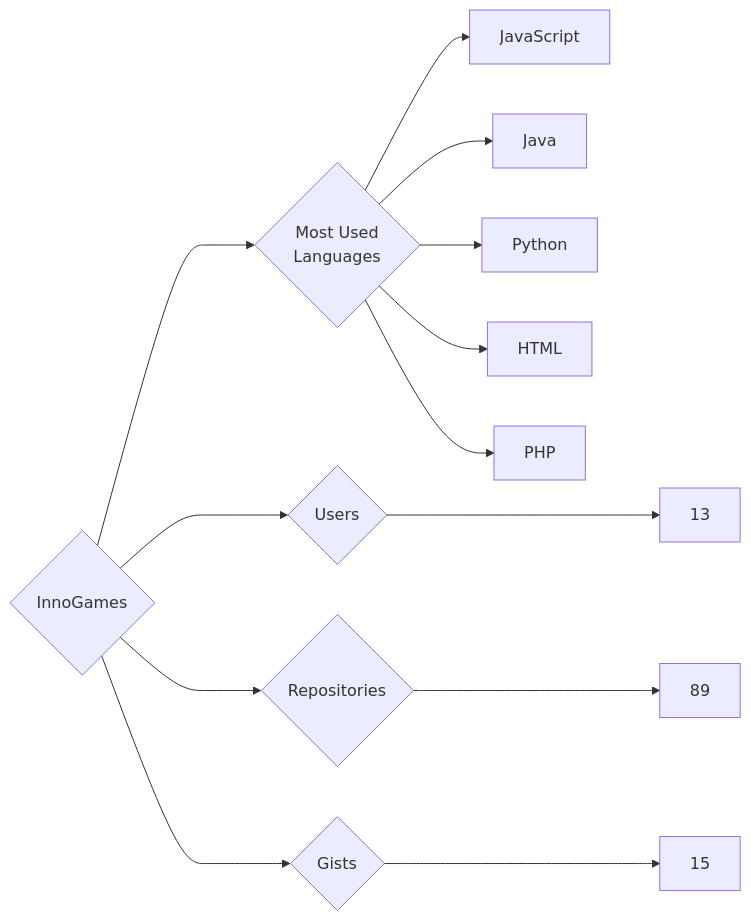
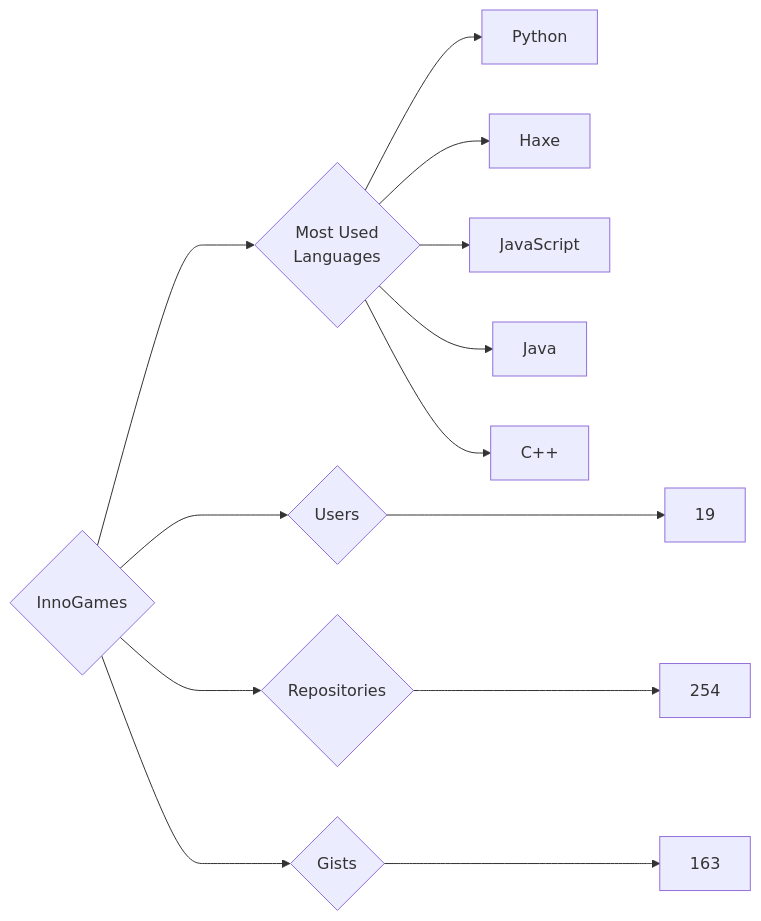
The diagram in targets/InnoGames/README.md (trickest/insiders), drawn with Mermaid before and after one commit. The commit also changed 894 other files, not shown here.

````diff
--- a/targets/InnoGames/README.md
+++ b/targets/InnoGames/README.md
@@ -3,13 +3,13 @@
 ```mermaid
 graph LR
 COMPANY_NAME{InnoGames}
-COMPANY_NAME ---> U{Users} ---> UN[13]
-COMPANY_NAME ---> R{Repositories} ---> RN[89]
-COMPANY_NAME ---> G{Gists} ---> GN[15]
+COMPANY_NAME ---> U{Users} ---> UN[19]
+COMPANY_NAME ---> R{Repositories} ---> RN[254]
+COMPANY_NAME ---> G{Gists} ---> GN[163]
 COMPANY_NAME ---> ML{Most Used<br>Languages}
+ML --> Python[Python]
+ML --> Haxe[Haxe]
 ML --> JavaScript[JavaScript]
 ML --> Java[Java]
-ML --> Python[Python]
-ML --> HTML[HTML]
-ML --> PHP[PHP]
+ML --> C++[C++]
 ```
````
